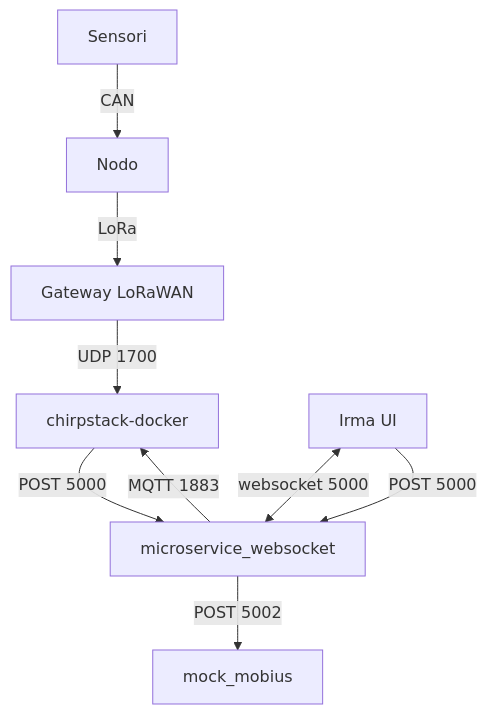
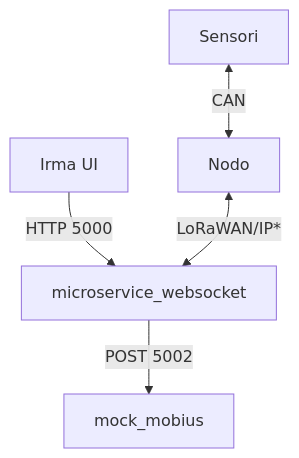
The first of 7 diagrams in README.md (monemasrl/irma), drawn with Mermaid before and after one commit. The commit also changed other lines of this file and 10 other files, not shown here.

````diff
--- a/README.md
+++ b/README.md
@@ -20,21 +18,15 @@
 ```mermaid
-graph TD;
+flowchart TD;
 
-chirpstack[chirpstack-docker]
 msw[microservice_websocket]
 mm[mock_mobius]
 irma-ui[Irma UI]
 
-gateway[Gateway LoRaWAN]
 nodo[Nodo]
 sensori[Sensori]
 
-chirpstack -- POST 5000 --> msw
 msw -- POST 5002 --> mm
-irma-ui <-- websocket 5000 --> msw
-irma-ui -- POST 5000 --> msw
-msw -- MQTT 1883 --> chirpstack
-gateway -- UDP 1700 --> chirpstack
-nodo -- LoRa --> gateway
-sensori -- CAN --> nodo
+irma-ui -- HTTP 5000 --> msw
+nodo <-- LoRaWAN/IP* --> msw
+sensori <-- CAN --> nodo
 ```
````
